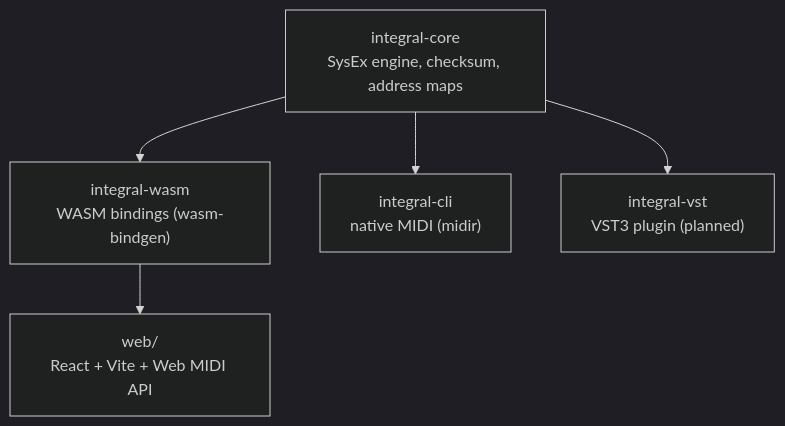
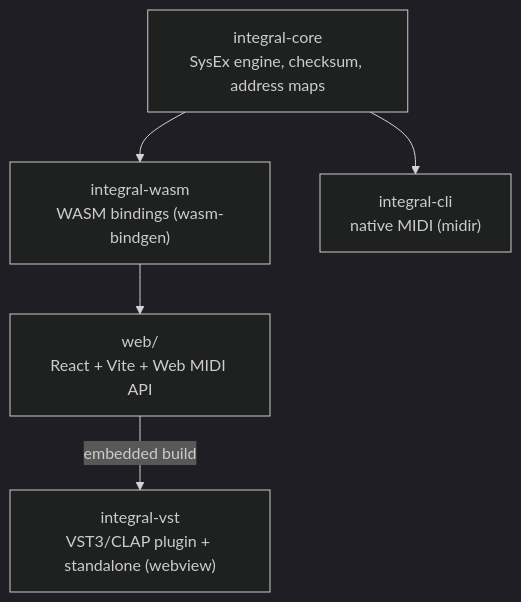
The diagram in README.md (sigma/integral), drawn with Mermaid (dark theme) before and after one commit. The commit also changed other lines of this file and 33 other files, not shown here.

````diff
--- a/README.md
+++ b/README.md
@@ -49,13 +48,13 @@
 ```mermaid
 graph TD
     core["integral-core\nSysEx engine, checksum, address maps"]
     wasm["integral-wasm\nWASM bindings (wasm-bindgen)"]
     cli["integral-cli\nnative MIDI (midir)"]
-    vst["integral-vst\nVST3 plugin (planned)"]
+    vst["integral-vst\nVST3/CLAP plugin + standalone (webview)"]
     web["web/\nReact + Vite + Web MIDI API"]
 
     core --> wasm
     core --> cli
-    core --> vst
     wasm --> web
+    web -->|embedded build| vst
 ```
````
